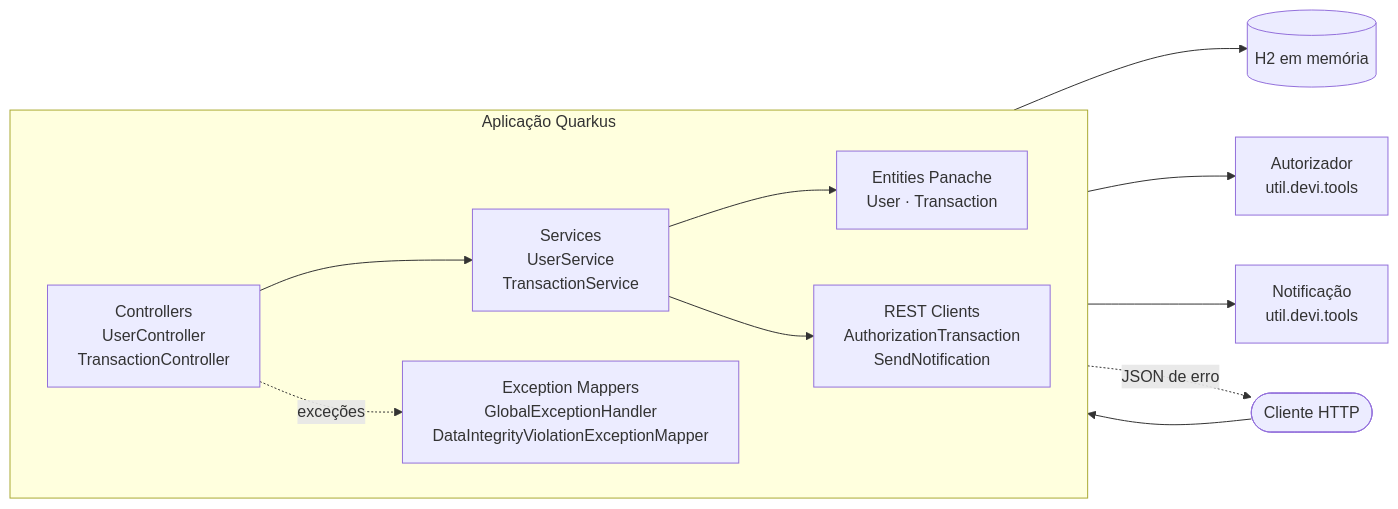
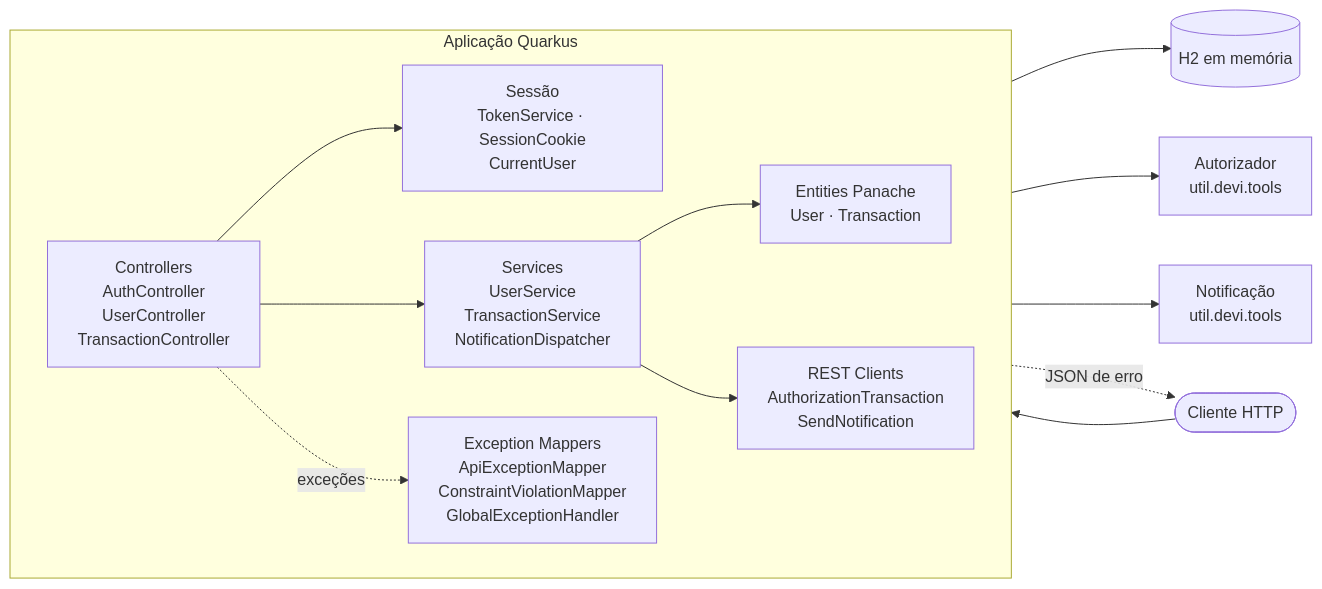
One commit to WhallysonGGDS/Desafio-picpay-quarkus changed the first of 3 diagrams in README.md. Above: the diagram before and after it, drawn with Mermaid. The commit also changed other lines of this file and 244 other files, not shown here.

````diff
--- a/README.md
+++ b/README.md
@@ -124,27 +158,29 @@
 ```mermaid
 flowchart LR
     CLI([Cliente HTTP])
 
     subgraph APP["Aplicação Quarkus"]
         direction LR
-        CTRL["Controllers<br/>UserController<br/>TransactionController"]
-        SVC["Services<br/>UserService<br/>TransactionService"]
+        CTRL["Controllers<br/>AuthController<br/>UserController<br/>TransactionController"]
+        SEC["Sessão<br/>TokenService · SessionCookie<br/>CurrentUser"]
+        SVC["Services<br/>UserService<br/>TransactionService<br/>NotificationDispatcher"]
         ENT["Entities Panache<br/>User · Transaction"]
         RC["REST Clients<br/>AuthorizationTransaction<br/>SendNotification"]
-        EXC["Exception Mappers<br/>GlobalExceptionHandler<br/>DataIntegrityViolationExceptionMapper"]
+        EXC["Exception Mappers<br/>ApiExceptionMapper<br/>ConstraintViolationMapper<br/>GlobalExceptionHandler"]
     end
 
     DB[("H2 em memória")]
     AUT["Autorizador<br/>util.devi.tools"]
     NOT["Notificação<br/>util.devi.tools"]
 
     CLI --> CTRL
+    CTRL --> SEC
     CTRL --> SVC
     SVC --> ENT
     ENT --> DB
     SVC --> RC
     RC --> AUT
     RC --> NOT
     CTRL -. exceções .-> EXC
     EXC -. JSON de erro .-> CLI
 ```
````
